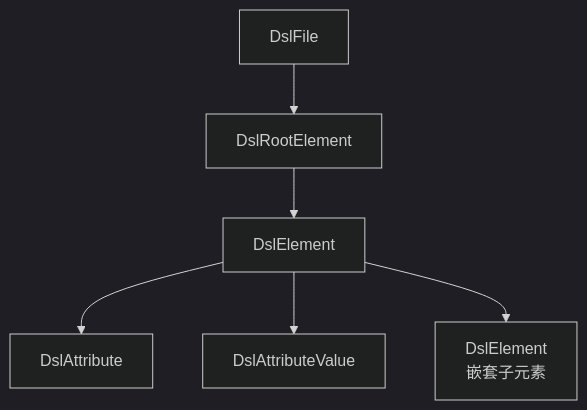
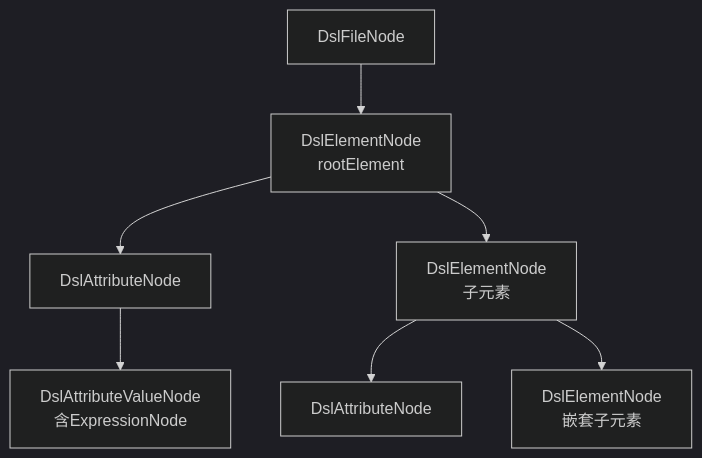
Before and after one commit to araragi-koyomin/theme-engine-dsl-static-analyzer: the diagram in docs/architecture/M3-SyntaxAnalysis.md, drawn with Mermaid (dark theme). The commit also changed other lines of this file, not shown here.

````diff
--- a/docs/architecture/M3-SyntaxAnalysis.md
+++ b/docs/architecture/M3-SyntaxAnalysis.md
@@ -37,8 +61,9 @@
 ```mermaid
 graph TD
-    DslFile --> DslRootElement
-    DslRootElement --> DslElement1[DslElement]
-    DslElement1 --> DslAttribute
-    DslElement1 --> DslAttributeValue
-    DslElement1 --> DslElement2[DslElement<br/>嵌套子元素]
+    File[DslFileNode] --> Root[DslElementNode<br/>rootElement]
+    Root --> Attr1[DslAttributeNode]
+    Root --> Child1[DslElementNode<br/>子元素]
+    Attr1 --> Val[DslAttributeValueNode<br/>含ExpressionNode]
+    Child1 --> Attr2[DslAttributeNode]
+    Child1 --> Child2[DslElementNode<br/>嵌套子元素]
 ```
````
